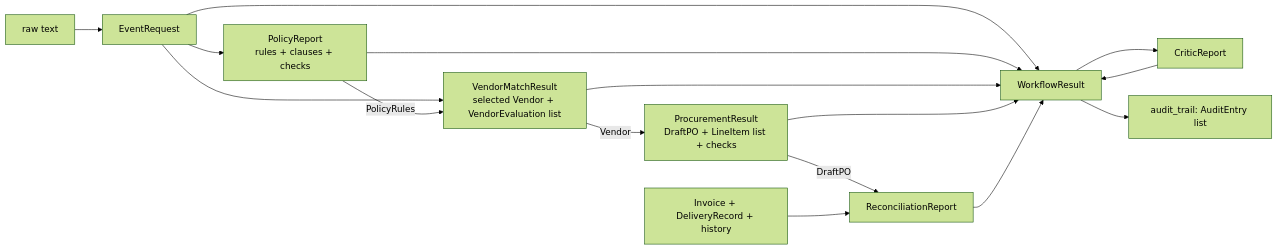
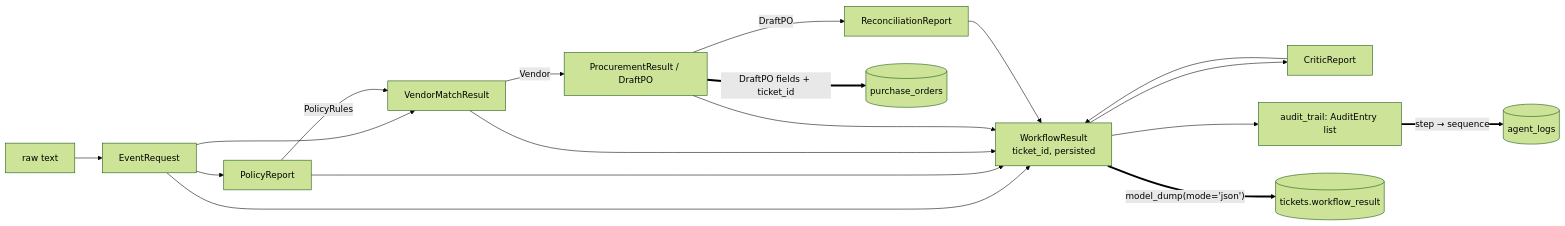
Before and after one commit to Sinha28Shivam/Singularity_Squad: the fourth of 5 diagrams in flow.md, drawn with Mermaid (forest theme). The commit also changed other lines of this file and 26 other files, not shown here.

````diff
--- a/flow.md
+++ b/flow.md
@@ -262,14 +317,16 @@
 ```mermaid
 flowchart LR
     T[raw text] --> ER[EventRequest]
-    ER --> PRP[PolicyReport<br/>rules + clauses + checks]
-    ER --> VMR[VendorMatchResult<br/>selected Vendor + VendorEvaluation list]
+    ER --> PRP[PolicyReport]
+    ER --> VMR[VendorMatchResult]
     PRP -- PolicyRules --> VMR
-    VMR -- Vendor --> PRR[ProcurementResult<br/>DraftPO + LineItem list + checks]
+    VMR -- Vendor --> PRR[ProcurementResult / DraftPO]
     PRR -- DraftPO --> RR[ReconciliationReport]
-    INVX[Invoice + DeliveryRecord + history] --> RR
-    ER & PRP & VMR & PRR & RR --> WR[WorkflowResult]
-    WR --> CRR[CriticReport]
-    CRR --> WR
+    ER & PRP & VMR & PRR & RR --> WR[WorkflowResult<br/>ticket_id, persisted]
+    WR --> CRR[CriticReport] --> WR
     WR --> AE[audit_trail: AuditEntry list]
+
+    WR == "model_dump(mode='json')" ==> TKD[(tickets.workflow_result)]
+    PRR == DraftPO fields + ticket_id ==> POD[(purchase_orders)]
+    AE == "step → sequence" ==> ALD[(agent_logs)]
 ```
````
